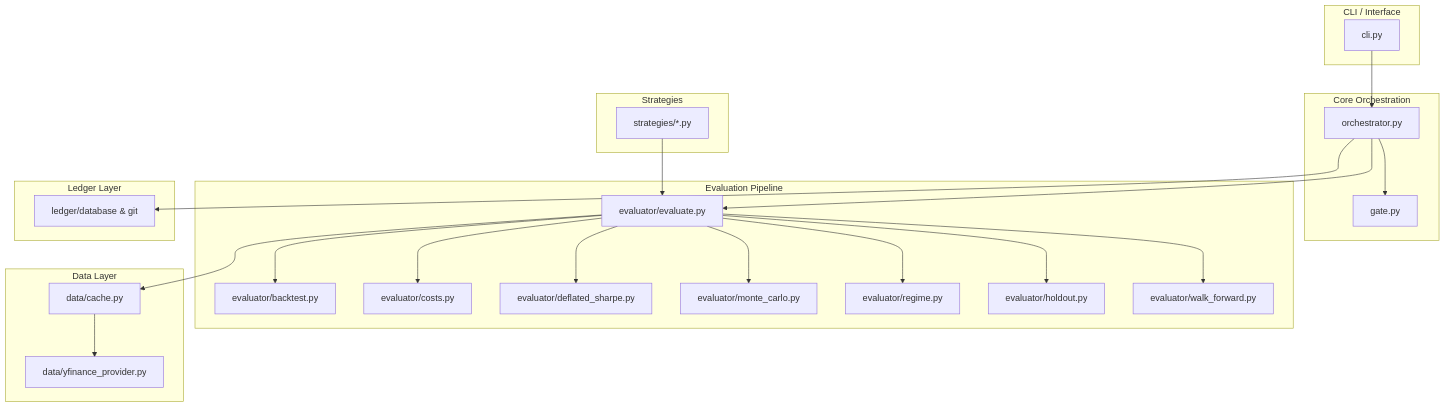
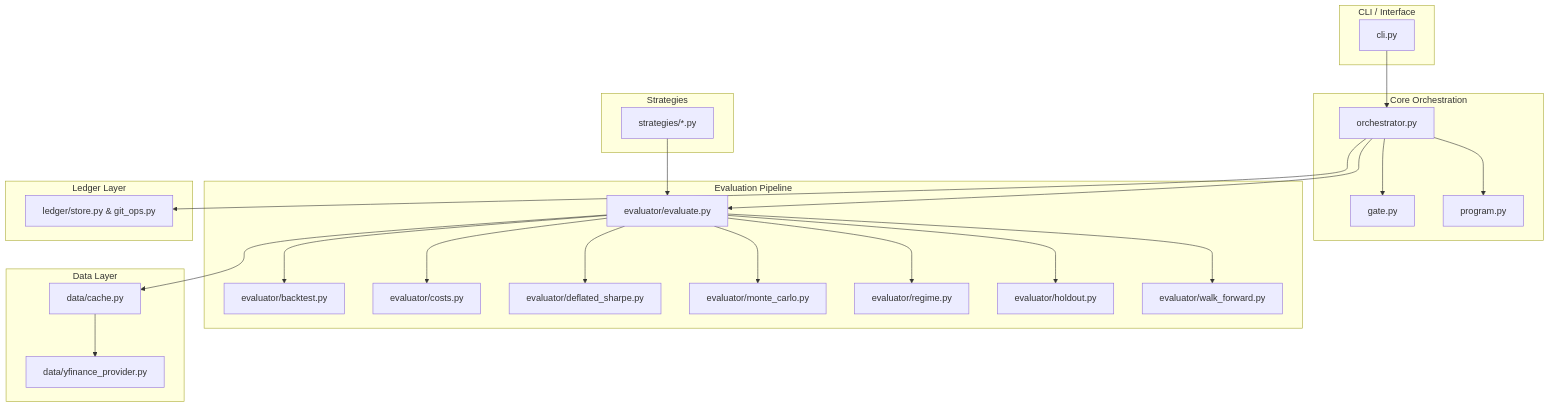
Before and after one commit to LeFi8/autobacktest: the diagram in docs/architecture.md, drawn with Mermaid. The commit also changed other lines of this file and 9 other files, not shown here.

````diff
--- a/docs/architecture.md
+++ b/docs/architecture.md
@@ -7,50 +7,52 @@
 ```mermaid
 graph TD
     subgraph CLI / Interface
         CLI[cli.py]
     end
 
     subgraph Core Orchestration
         ORCH[orchestrator.py]
         GATE[gate.py]
+        PROG[program.py]
     end
 
     subgraph Evaluation Pipeline
         EVAL[evaluator/evaluate.py]
         BACK[evaluator/backtest.py]
         COST[evaluator/costs.py]
         DSR[evaluator/deflated_sharpe.py]
         BOOT[evaluator/monte_carlo.py]
         REG[evaluator/regime.py]
         SPLIT[evaluator/holdout.py]
         WF[evaluator/walk_forward.py]
     end
 
     subgraph Data Layer
         CACHE[data/cache.py]
         YF[data/yfinance_provider.py]
     end
 
     subgraph Ledger Layer
-        LEDG[ledger/database & git]
+        LEDG[ledger/store.py & git_ops.py]
     end
 
     subgraph Strategies
         STRAT[strategies/*.py]
     end
 
     CLI --> ORCH
     ORCH --> EVAL
     ORCH --> GATE
     ORCH --> LEDG
+    ORCH --> PROG
     EVAL --> BACK
     EVAL --> COST
     EVAL --> DSR
     EVAL --> BOOT
     EVAL --> REG
     EVAL --> SPLIT
     EVAL --> WF
     EVAL --> CACHE
     CACHE --> YF
     STRAT --> EVAL
 ```
````
